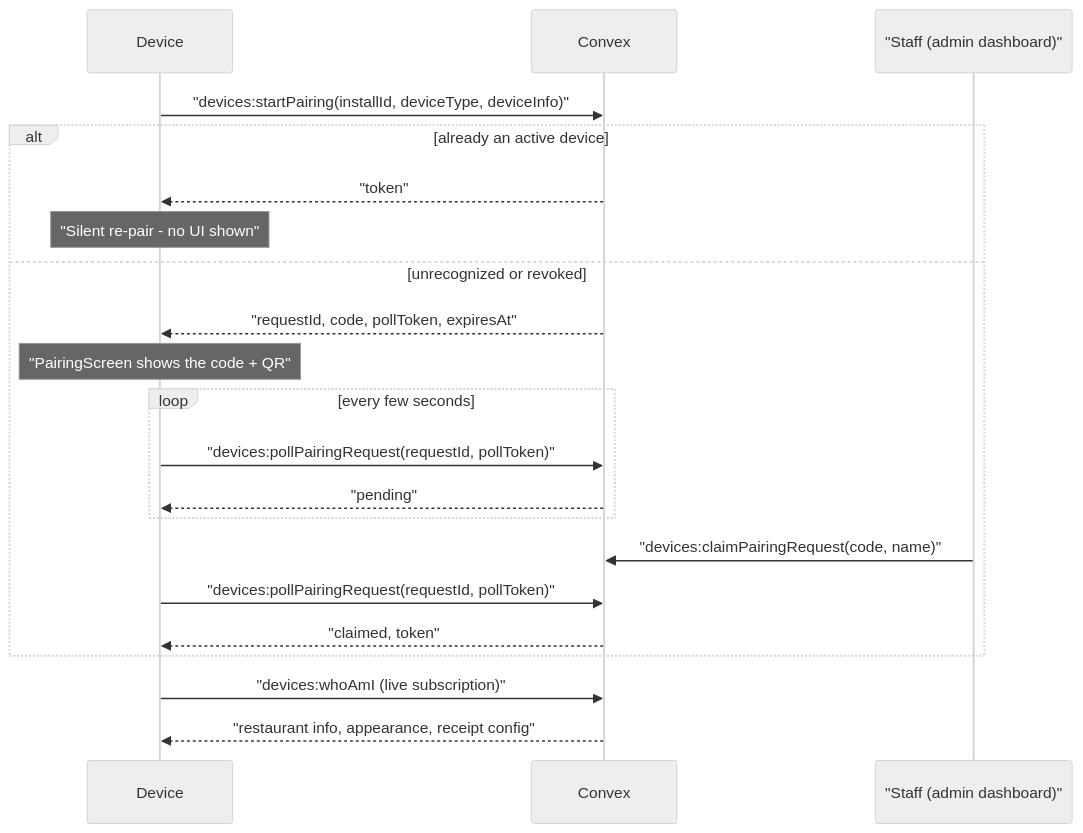
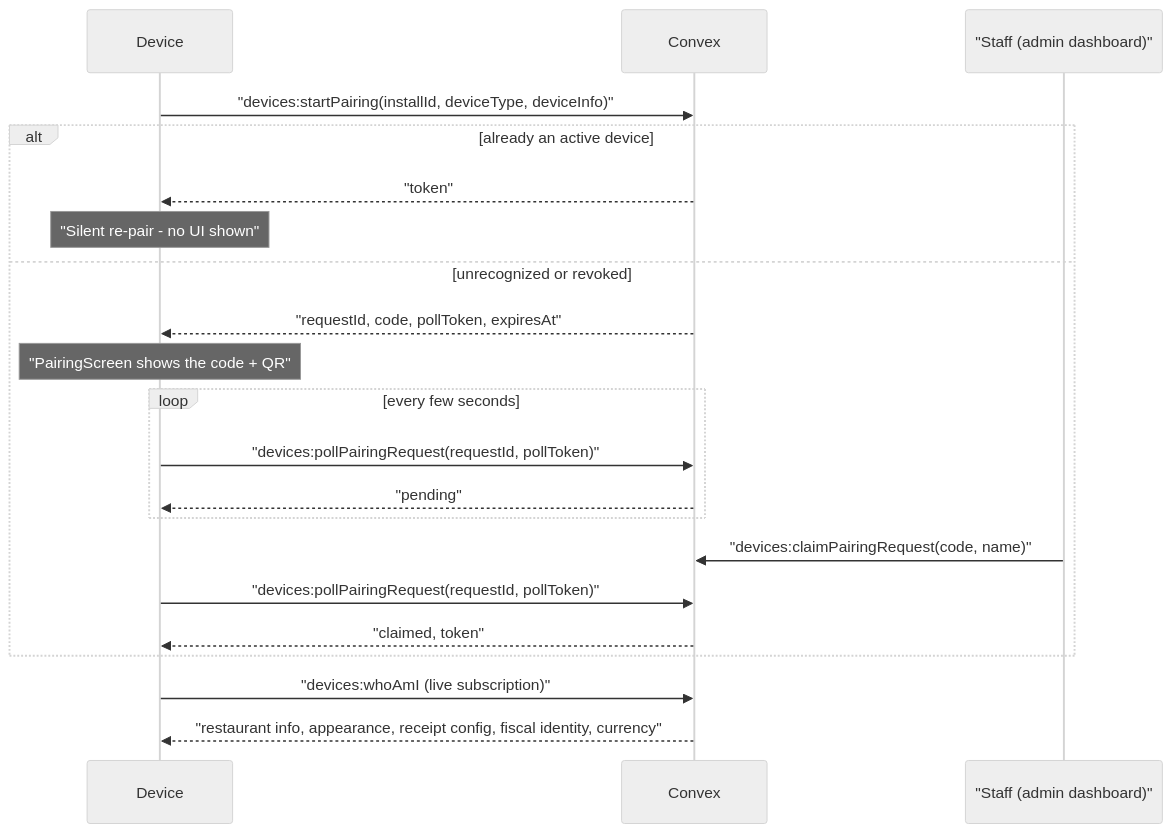
Before and after one commit to YashrajTiwari-proxie/flutter-pos-app: the second of 4 diagrams in README.md, drawn with Mermaid (neutral theme). The commit also changed other lines of this file and 228 other files, not shown here.

Commit message:
feat(fiscal): add SKVFS receipt fields, fix currency bug, harden Convex resilience

````diff
--- a/README.md
+++ b/README.md
@@ -104,24 +105,24 @@
 ```mermaid
 sequenceDiagram
     participant Device
     participant Convex
     participant Staff as "Staff (admin dashboard)"
 
     Device->>Convex: "devices:startPairing(installId, deviceType, deviceInfo)"
     alt already an active device
         Convex-->>Device: "token"
         Note over Device: "Silent re-pair - no UI shown"
     else unrecognized or revoked
         Convex-->>Device: "requestId, code, pollToken, expiresAt"
         Note over Device: "PairingScreen shows the code + QR"
         loop every few seconds
             Device->>Convex: "devices:pollPairingRequest(requestId, pollToken)"
             Convex-->>Device: "pending"
         end
         Staff->>Convex: "devices:claimPairingRequest(code, name)"
         Device->>Convex: "devices:pollPairingRequest(requestId, pollToken)"
         Convex-->>Device: "claimed, token"
     end
     Device->>Convex: "devices:whoAmI (live subscription)"
-    Convex-->>Device: "restaurant info, appearance, receipt config"
+    Convex-->>Device: "restaurant info, appearance, receipt config, fiscal identity, currency"
 ```
````
